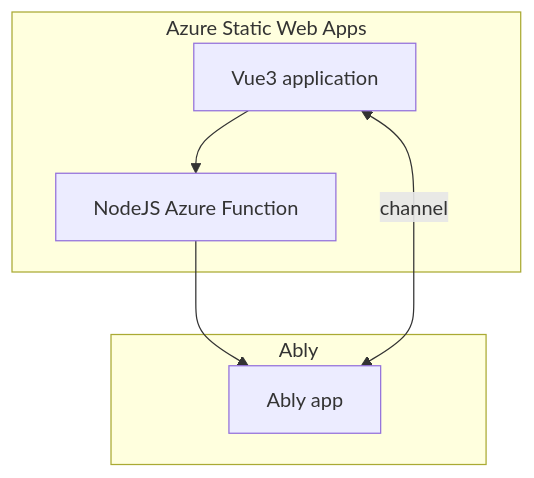
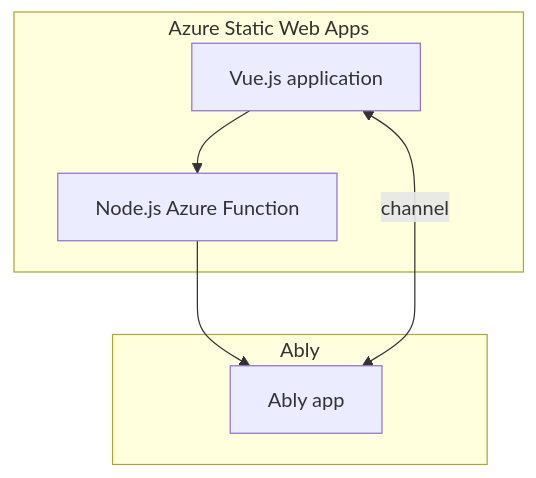
The diagram in diagrams/components.mmd (ably-labs/agile-flush-vue-app), drawn with Mermaid before and after one commit. The commit also changed 2 other files, not shown here.

Commit message:
Update diagrams

```diff
--- a/diagrams/components.mmd
+++ b/diagrams/components.mmd
@@ -1,9 +1,9 @@
 flowchart TD
     subgraph ably [Ably]
         step2[Ably app]
     end
     subgraph azure [Azure Static Web Apps]
-        step1[Vue3 application]-->step3
-        step3[NodeJS Azure Function]-->step2
+        step1[Vue.js application]-->step3
+        step3[Node.js Azure Function]-->step2
     end
     step1 <--channel--> step2
```
